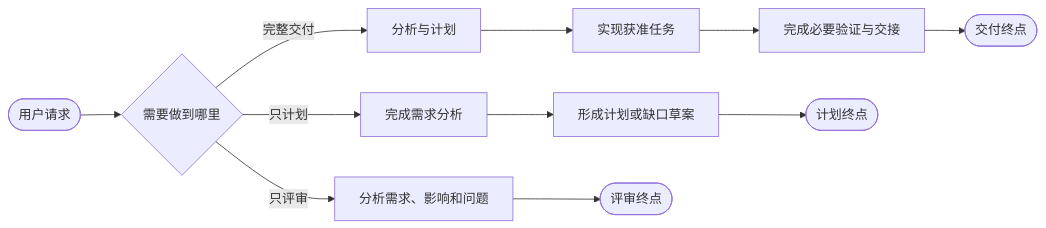
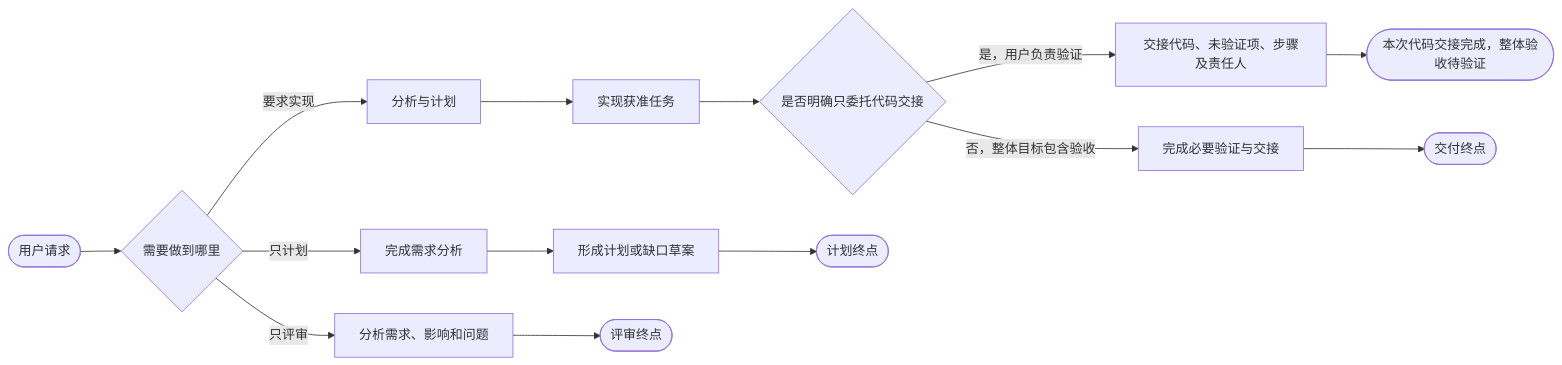
Before and after one commit to Aliang997/frontend-delivery-skill: the second of 6 diagrams in skills/frontend-delivery/workflow-diagram.md, drawn with Mermaid. The commit also changed other lines of this file and 18 other files, not shown here.

````diff
--- a/skills/frontend-delivery/workflow-diagram.md
+++ b/skills/frontend-delivery/workflow-diagram.md
@@ -30,13 +31,16 @@
 ```mermaid
 flowchart LR
  A(["用户请求"]) --> B{"需要做到哪里"}
  B -->|"只评审"| R["分析需求、影响和问题"]
  B -->|"只计划"| P1["完成需求分析"]
  P1 --> P2["形成计划或缺口草案"]
- B -->|"完整交付"| D1["分析与计划"]
+ B -->|"要求实现"| D1["分析与计划"]
  D1 --> D2["实现获准任务"]
- D2 --> D3["完成必要验证与交接"]
+ D2 --> G{"是否明确只委托代码交接"}
+ G -->|"是，用户负责验证"| H["交接代码、未验证项、步骤及责任人"]
+ H --> EH(["本次代码交接完成，整体验收待验证"])
+ G -->|"否，整体目标包含验收"| D3["完成必要验证与交接"]
  R --> ER(["评审终点"])
  P2 --> EP(["计划终点"])
  D3 --> ED(["交付终点"])
 ```
````
